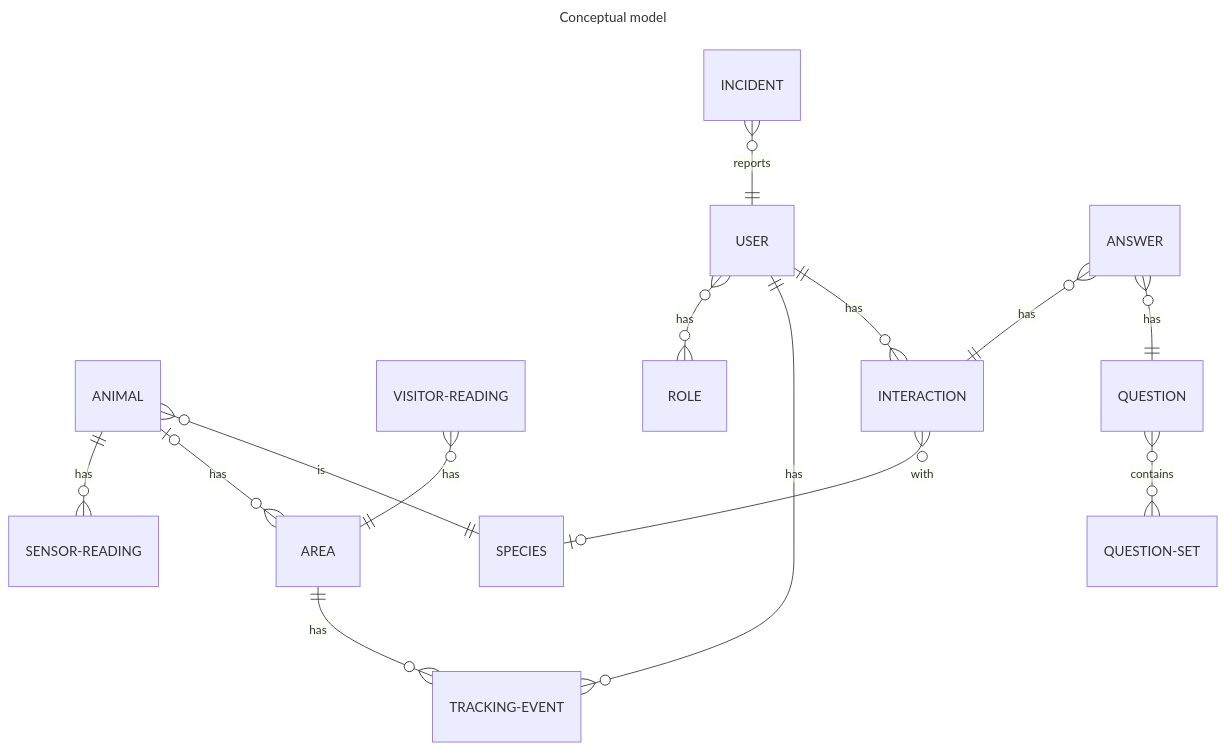
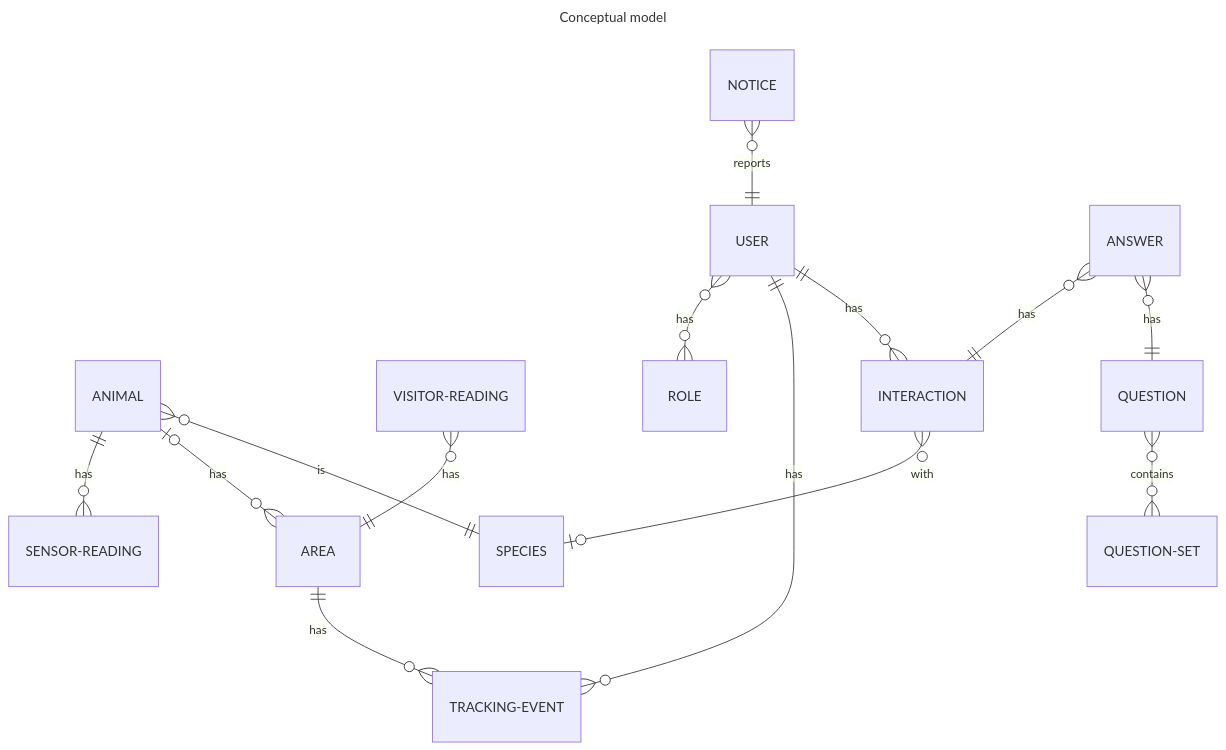
The diagram in README.md (UtrechtUniversity/wildlifenl), drawn with Mermaid before and after one commit.

Commit message:
rename incident to notice

````diff
--- a/README.md
+++ b/README.md
@@ -34,19 +34,19 @@
 ```mermaid
 ---
 title: Conceptual model
 ---
 erDiagram
     AREA ||--o{ TRACKING-EVENT : has 
     ANIMAL ||--o{ SENSOR-READING : has
     ANIMAL |o--o{ AREA : has
     ANIMAL }o--|| SPECIES : is
     VISITOR-READING }o--|| AREA : has
     INTERACTION }o--o| SPECIES : with
-    INCIDENT }o--|| USER : reports
+    NOTICE }o--|| USER : reports
     ANSWER }o--|| INTERACTION : has
     USER }o--o{ ROLE : has
     ANSWER }o--|| QUESTION : has
     QUESTION }o--o{ QUESTION-SET : contains 
     USER ||--o{ TRACKING-EVENT : has
     USER ||--o{ INTERACTION : has
 ```
````
